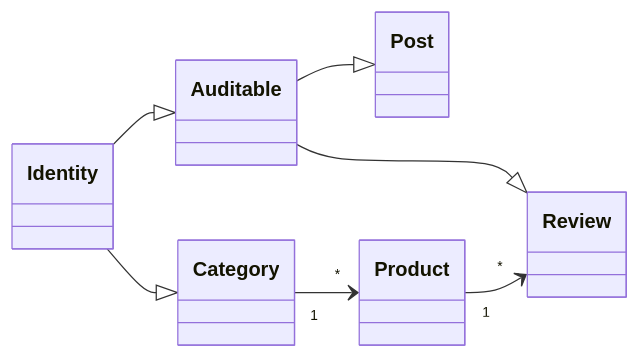
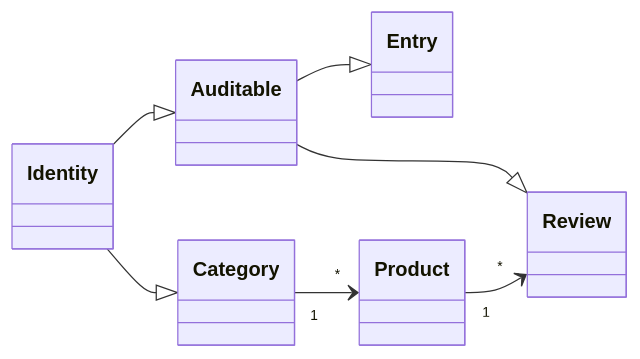
One commit to GitHubVasilev/Blog changed the first of 6 diagrams in readme.md. Above: the diagram before and after it, drawn with Mermaid. The commit also changed other lines of this file and 11 other files, not shown here.

````diff
--- a/readme.md
+++ b/readme.md
@@ -107,11 +106,11 @@
 ``` mermaid
 classDiagram
 	direction RL
 	Product "*" <-- "1" Category
 	Review "*" <-- "1" Product
 	Auditable <|-- Identity
 	Category <|-- Identity
-	Post <|-- Auditable
+	Entry <|-- Auditable
 	Review <|-- Auditable
 
 ```
````
